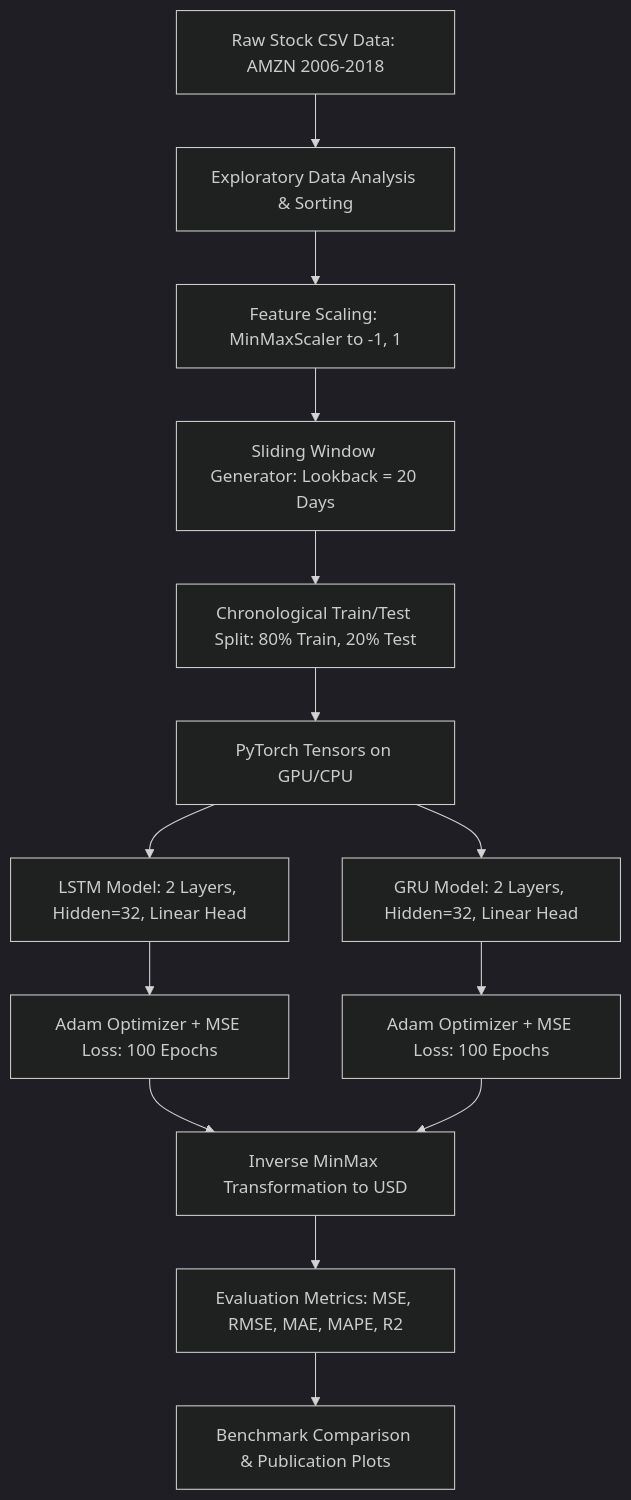
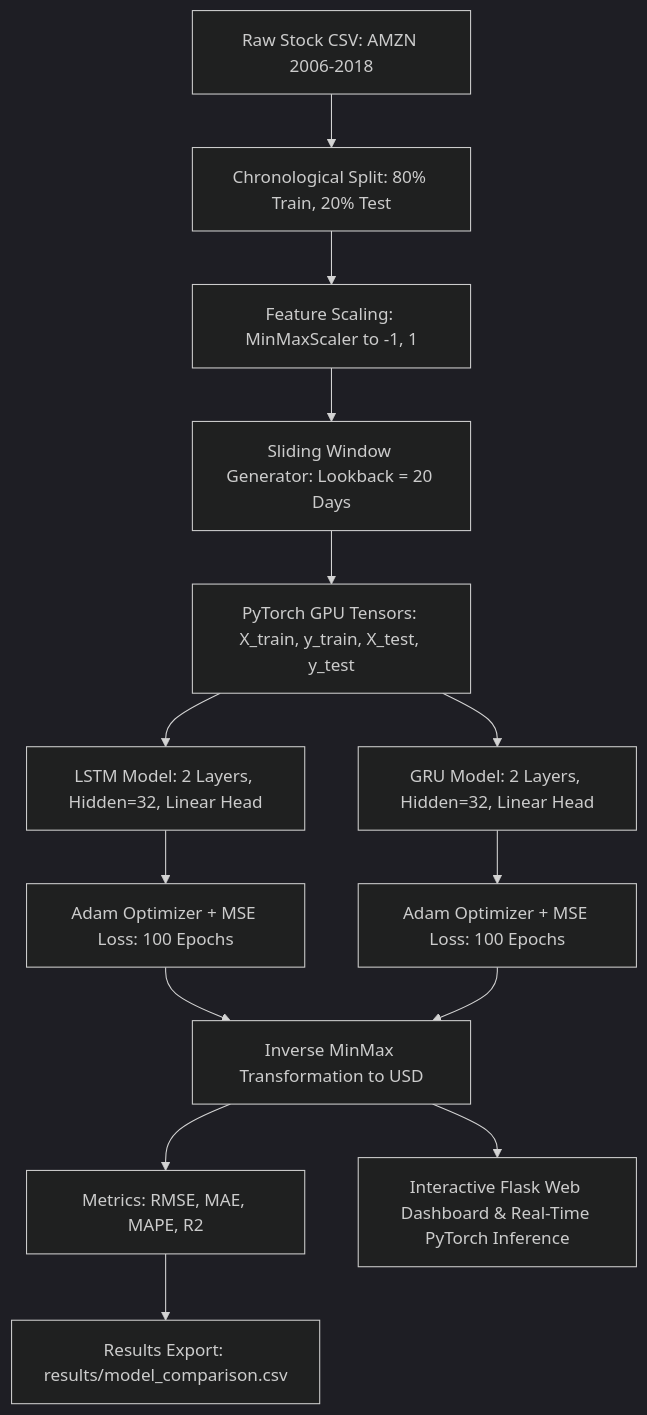
One commit to tacirawn/StockPricePrediction changed the diagram in README.md. Above: the diagram before and after it, drawn with Mermaid (dark theme). The commit also changed other lines of this file and 1 other file, not shown here.

Commit message:
docs: update README with exact benchmark metrics, web app guide, and correct clone URL

````diff
--- a/README.md
+++ b/README.md
@@ -44,16 +47,16 @@
 ```mermaid
 flowchart TD
-    A[Raw Stock CSV Data: AMZN 2006-2018] --> B[Exploratory Data Analysis & Sorting]
+    A[Raw Stock CSV: AMZN 2006-2018] --> B[Chronological Split: 80% Train, 20% Test]
     B --> C[Feature Scaling: MinMaxScaler to -1, 1]
     C --> D[Sliding Window Generator: Lookback = 20 Days]
-    D --> E[Chronological Train/Test Split: 80% Train, 20% Test]
-    E --> F[PyTorch Tensors on GPU/CPU]
-    F --> G[LSTM Model: 2 Layers, Hidden=32, Linear Head]
-    F --> H[GRU Model: 2 Layers, Hidden=32, Linear Head]
+    D --> E[PyTorch GPU Tensors: X_train, y_train, X_test, y_test]
+    E --> F[LSTM Model: 2 Layers, Hidden=32, Linear Head]
+    E --> G[GRU Model: 2 Layers, Hidden=32, Linear Head]
+    F --> H[Adam Optimizer + MSE Loss: 100 Epochs]
     G --> I[Adam Optimizer + MSE Loss: 100 Epochs]
-    H --> J[Adam Optimizer + MSE Loss: 100 Epochs]
-    I --> K[Inverse MinMax Transformation to USD]
-    J --> K
-    K --> L[Evaluation Metrics: MSE, RMSE, MAE, MAPE, R2]
-    L --> M[Benchmark Comparison & Publication Plots]
+    H --> J[Inverse MinMax Transformation to USD]
+    I --> J
+    J --> K[Metrics: RMSE, MAE, MAPE, R2]
+    K --> L[Results Export: results/model_comparison.csv]
+    J --> M[Interactive Flask Web Dashboard & Real-Time PyTorch Inference]
 ```
````
